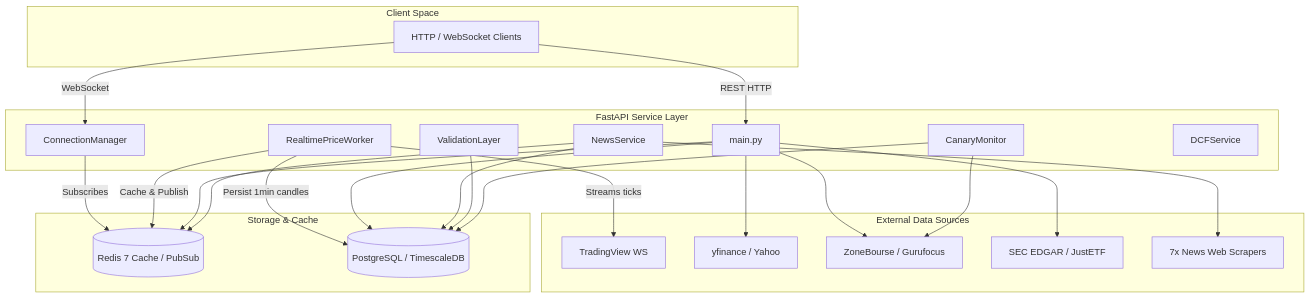
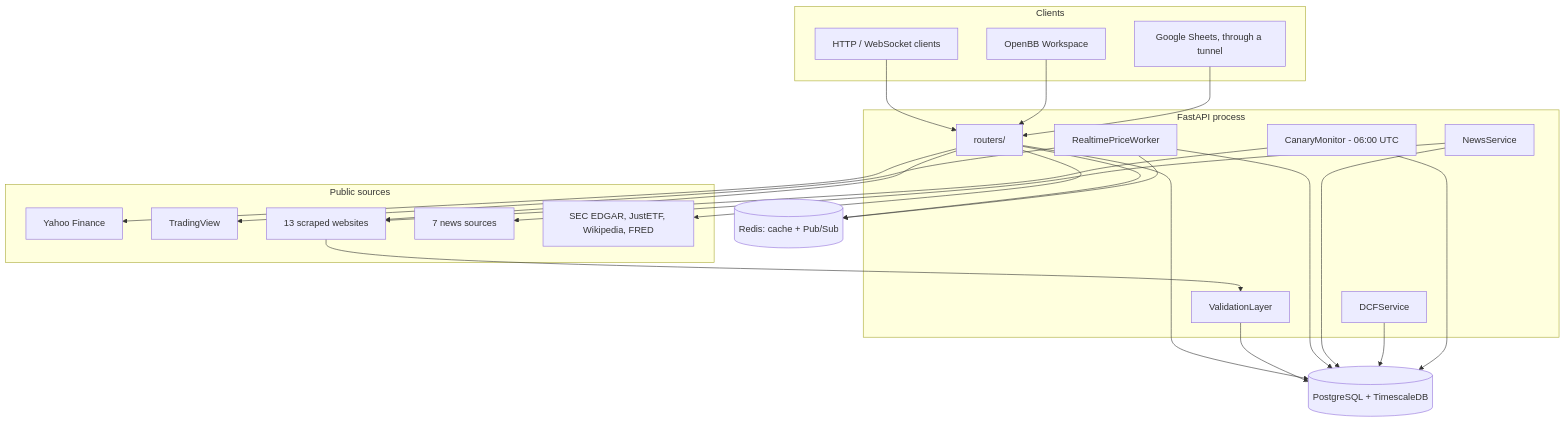
One commit to fonrex/docs changed the diagram in docs/architecture/overview.md. Above: the diagram before and after it, drawn with Mermaid. The commit also changed other lines of this file and 147 other files, not shown here.

````diff
--- a/docs/architecture/overview.md
+++ b/docs/architecture/overview.md
@@ -14,51 +12,47 @@
 ```mermaid
 flowchart TD
-    subgraph Client Space
-        Client[HTTP / WebSocket Clients]
+    subgraph Clients
+        Client[HTTP / WebSocket clients]
+        OpenBB[OpenBB Workspace]
+        Sheets[Google Sheets, through a tunnel]
     end
 
-    subgraph API [FastAPI Service Layer]
-        Main[main.py]
-        CM[ConnectionManager]
+    subgraph API [FastAPI process]
+        Routers[routers/]
         Worker[RealtimePriceWorker]
         VL[ValidationLayer]
-        Canary[CanaryMonitor]
-        NS[NewsService]
+        Canary[CanaryMonitor - 06:00 UTC]
+        News[NewsService]
         DCF[DCFService]
     end
 
-    subgraph External Data Sources
-        TV[TradingView WS]
-        YF[yfinance / Yahoo]
-        P1[ZoneBourse / Gurufocus]
-        P2[SEC EDGAR / JustETF]
-        NP[7x News Web Scrapers]
+    subgraph Sources [Public sources]
+        YF[Yahoo Finance]
+        TV[TradingView]
+        Scraped[13 scraped websites]
+        NewsSites[7 news sources]
+        Specialised[SEC EDGAR, JustETF, Wikipedia, FRED]
     end
 
-    subgraph Storage & Cache
-        Redis[(Redis 7 Cache / PubSub)]
-        DB[(PostgreSQL / TimescaleDB)]
-    end
+    Redis[(Redis: cache + Pub/Sub)]
+    DB[(PostgreSQL + TimescaleDB)]
 
-    Client -- REST HTTP --> Main
-    Client -- WebSocket --> CM
-    CM -- Subscribes --> Redis
-    
-    Worker -- Streams ticks --> TV
-    Worker -- Cache & Publish --> Redis
-    Worker -- Persist 1min candles --> DB
-
-    Main --> DB
-    Main --> Redis
-    Main --> YF
-    Main --> P1
-    Main --> P2
-
-    NS --> NP
-    NS --> Redis
-    NS --> DB
-
+    Client --> Routers
+    OpenBB --> Routers
+    Sheets --> Routers
+    Routers --> Redis
+    Routers --> DB
+    Routers --> YF
+    Routers --> Scraped
+    Routers --> Specialised
+    Scraped --> VL
     VL --> DB
-    Canary --> P1
+    Worker --> TV
+    Worker --> Redis
+    Worker --> DB
+    News --> NewsSites
+    News --> DB
+    DCF --> DB
+    Canary --> Scraped
     Canary --> DB
 ```
````
